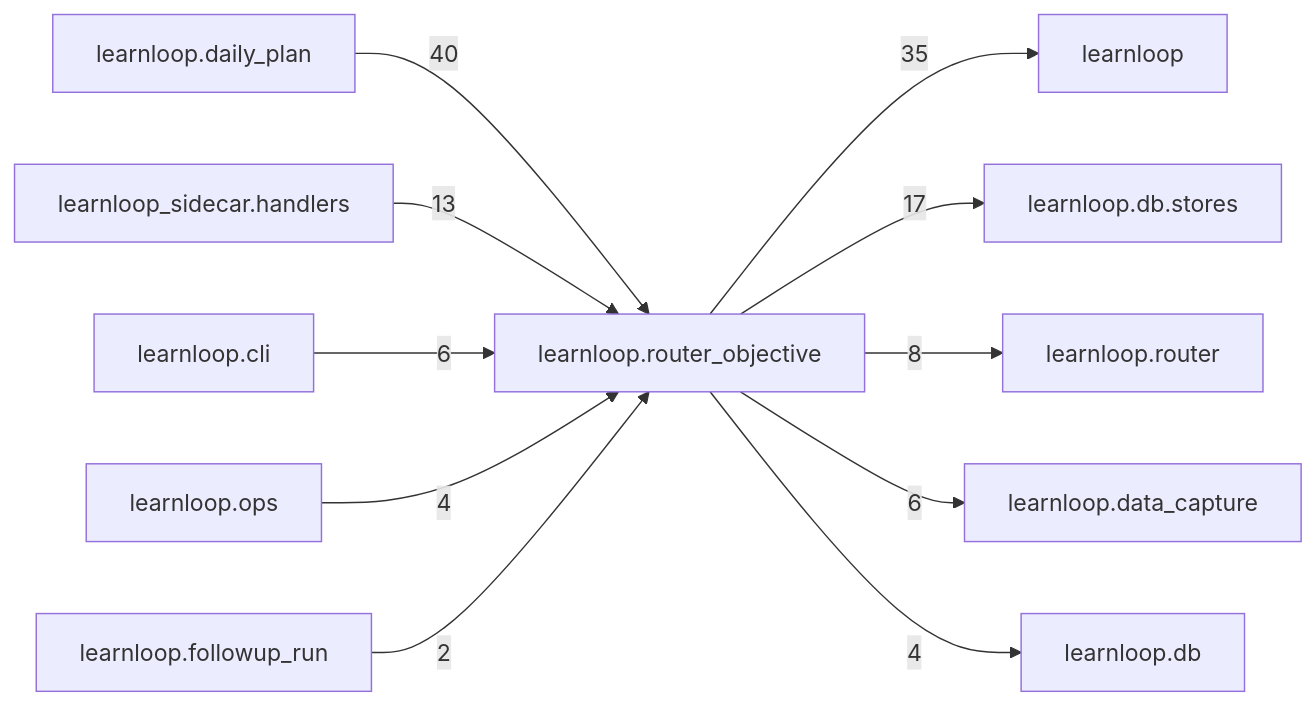
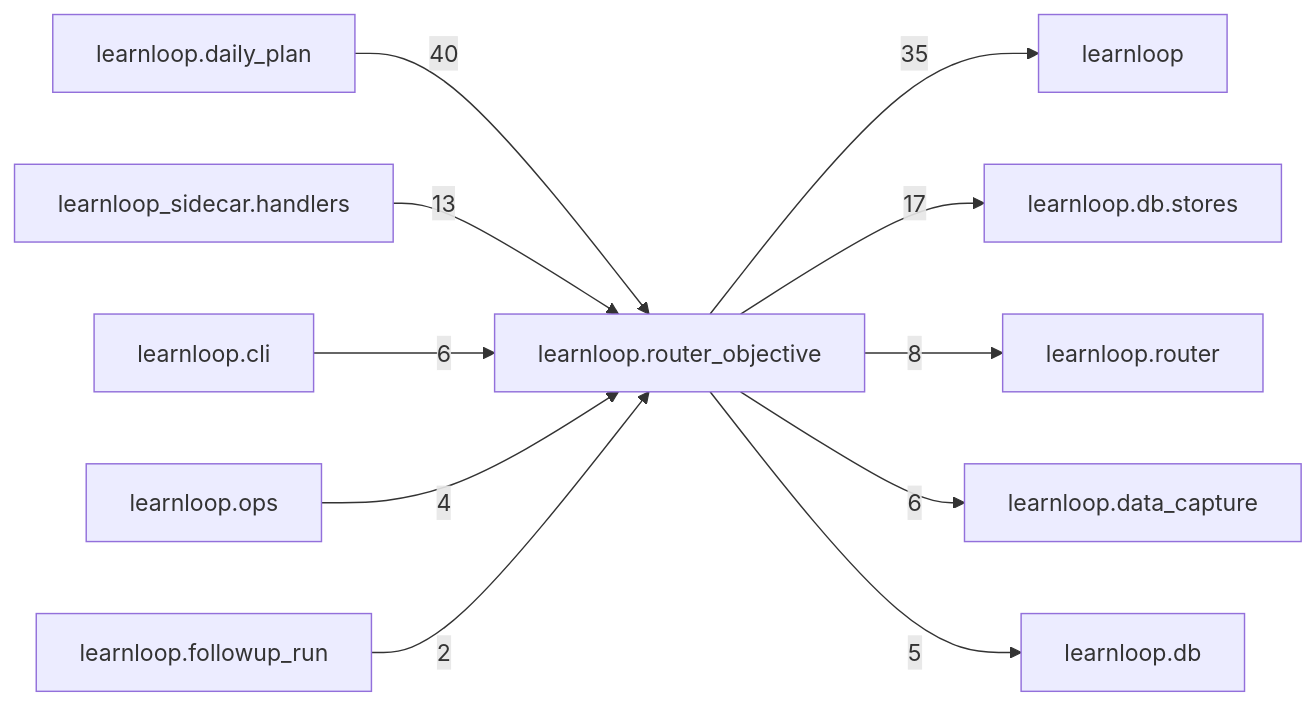
One commit to 6up-b/learnanything changed the diagram in docs/learnloop-architecture-vault/Reference/Modules/learnloop/router_objective/_package.md. Above: the diagram before and after it, drawn with Mermaid. The commit also changed other lines of this file and 69 other files, not shown here.

````diff
--- a/docs/learnloop-architecture-vault/Reference/Modules/learnloop/router_objective/_package.md
+++ b/docs/learnloop-architecture-vault/Reference/Modules/learnloop/router_objective/_package.md
@@ -167,24 +167,24 @@
 ```mermaid
 flowchart LR
     center["learnloop.router_objective"]
     n_learnloop_daily_plan["learnloop.daily_plan"]
     n_learnloop["learnloop"]
     n_learnloop_db_stores["learnloop.db.stores"]
     n_learnloop_sidecar_handlers["learnloop_sidecar.handlers"]
     n_learnloop_router["learnloop.router"]
     n_learnloop_cli["learnloop.cli"]
     n_learnloop_data_capture["learnloop.data_capture"]
     n_learnloop_db["learnloop.db"]
     n_learnloop_ops["learnloop.ops"]
     n_learnloop_followup_run["learnloop.followup_run"]
     n_learnloop_daily_plan -->|40| center
     center -->|35| n_learnloop
     center -->|17| n_learnloop_db_stores
     n_learnloop_sidecar_handlers -->|13| center
     center -->|8| n_learnloop_router
     n_learnloop_cli -->|6| center
     center -->|6| n_learnloop_data_capture
-    center -->|4| n_learnloop_db
+    center -->|5| n_learnloop_db
     n_learnloop_ops -->|4| center
     n_learnloop_followup_run -->|2| center
 ```
````
